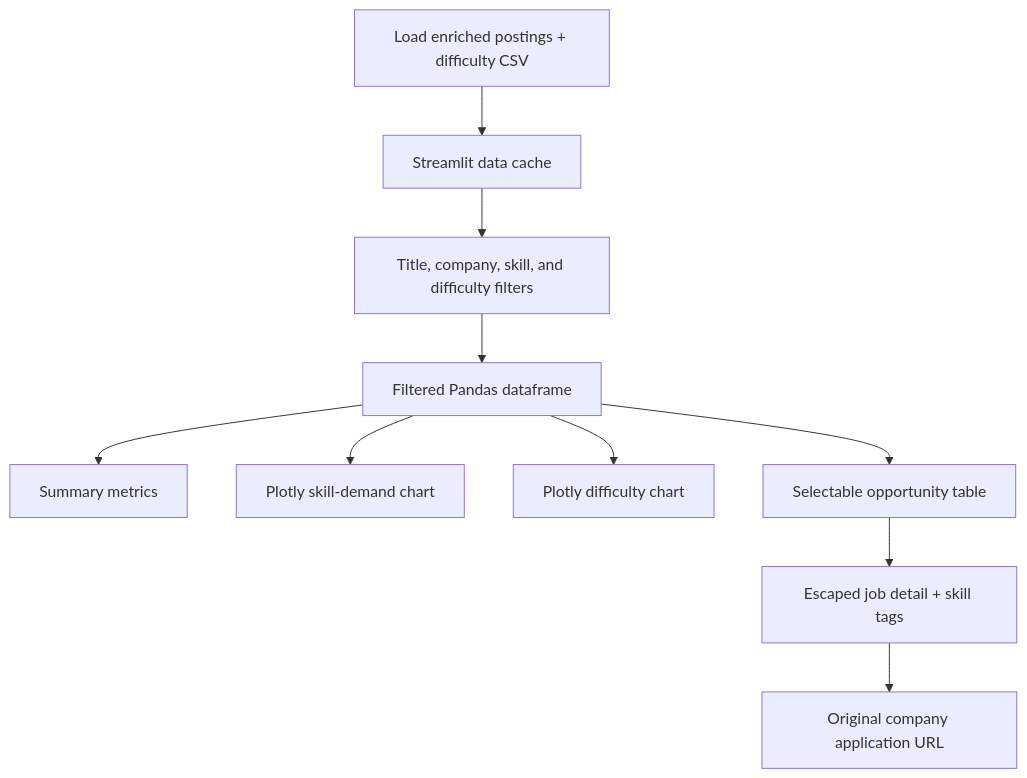
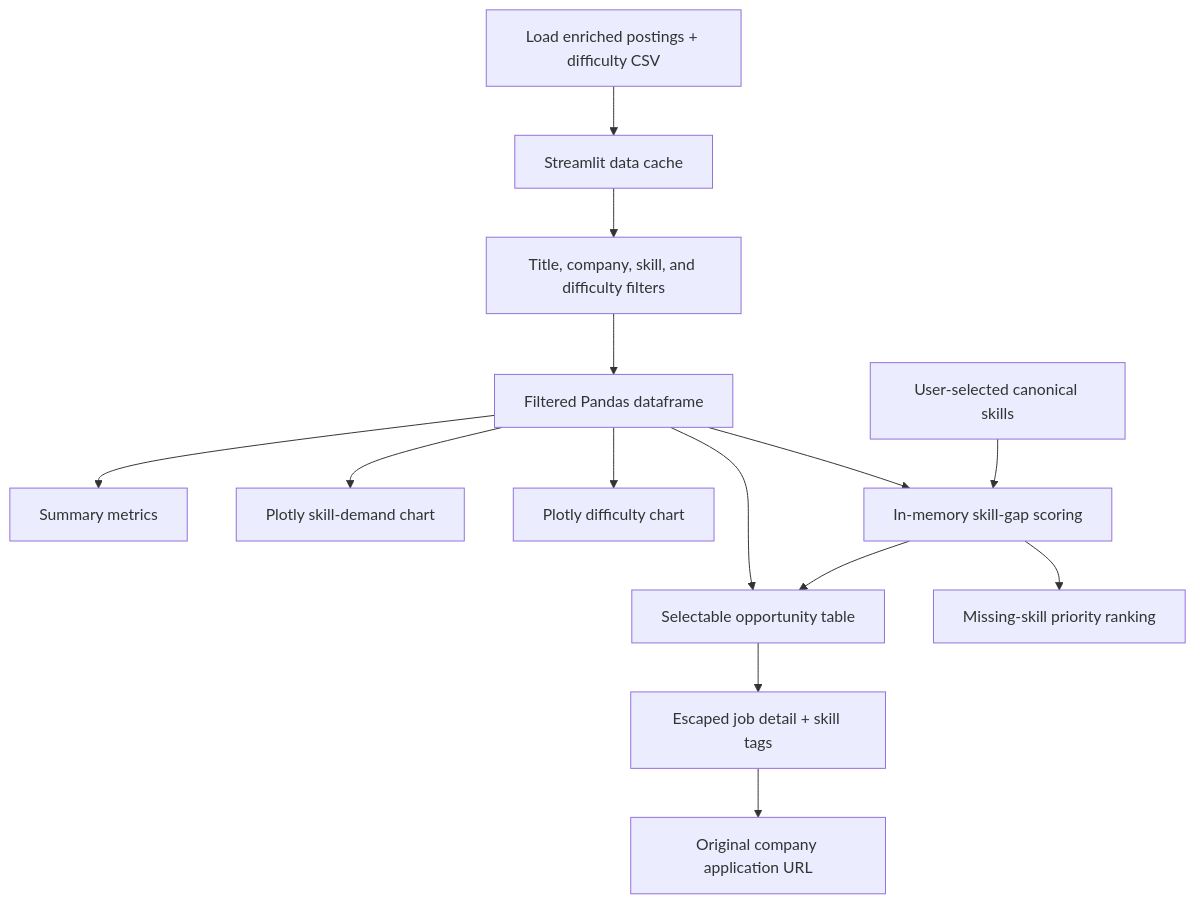
The sixth of 6 diagrams in docs/project-architecture.md (adarshcm28/Internship-Skill-Analyzer), drawn with Mermaid before and after one commit. The commit also changed other lines of this file and 24 other files, not shown here.

````diff
--- a/docs/project-architecture.md
+++ b/docs/project-architecture.md
@@ -278,12 +278,16 @@
 ```mermaid
 flowchart TD
     LOAD[Load enriched postings + difficulty CSV] --> CACHE[Streamlit data cache]
     CACHE --> FILTERS[Title, company, skill, and difficulty filters]
     FILTERS --> VIEW[Filtered Pandas dataframe]
     VIEW --> METRICS[Summary metrics]
     VIEW --> BAR[Plotly skill-demand chart]
     VIEW --> PIE[Plotly difficulty chart]
     VIEW --> TABLE[Selectable opportunity table]
+    PROFILE[User-selected canonical skills] --> GAP[In-memory skill-gap scoring]
+    VIEW --> GAP
+    GAP --> TABLE
+    GAP --> LEARN[Missing-skill priority ranking]
     TABLE --> DETAIL[Escaped job detail + skill tags]
     DETAIL --> LINK[Original company application URL]
 ```
````
